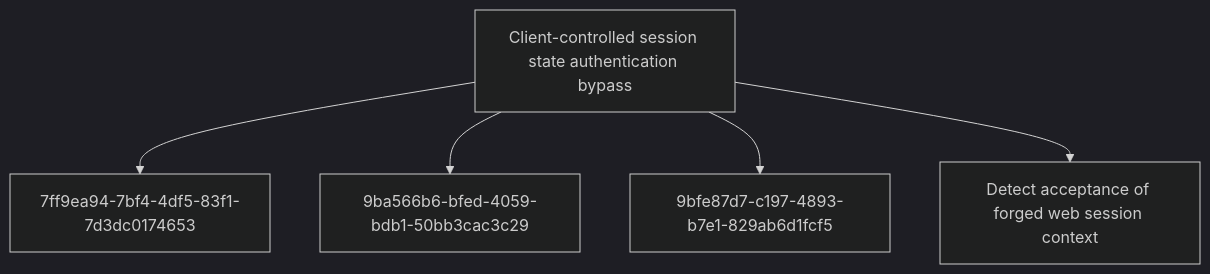
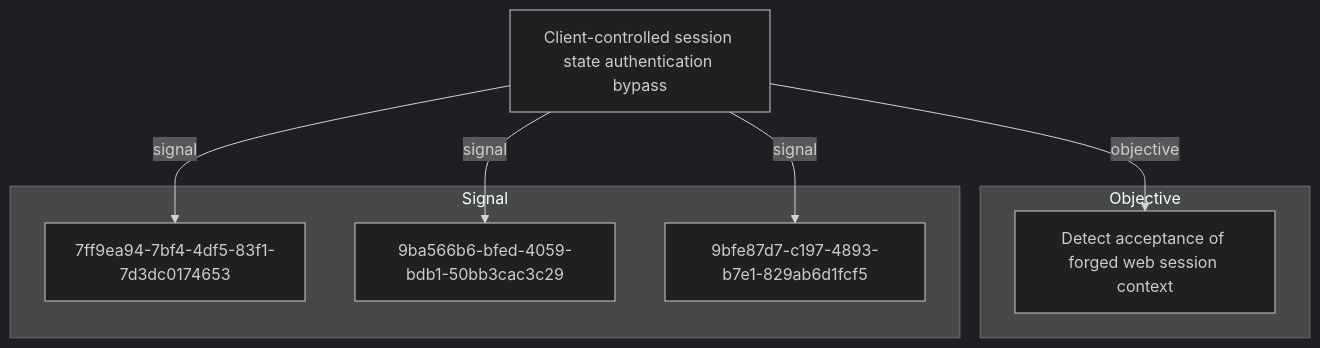
One commit to opentidehq/library changed the second of 2 diagrams in docs/threats/client-controlled-session-state-authentication-bypass.md. Above: the diagram before and after it, drawn with Mermaid (dark theme). The commit also changed other lines of this file and 277 other files, not shown here.

````diff
--- a/docs/threats/client-controlled-session-state-authentication-bypass.md
+++ b/docs/threats/client-controlled-session-state-authentication-bypass.md
@@ -46,12 +94,16 @@
 ```mermaid
 flowchart TB
-38adba1e_0961_4417_bd84_33fa9c42439f["Client-controlled session state authentication bypass"]
+subgraph "Objective"
+d4c509d7_f9ab_452a_a91d_4da040095414["Detect acceptance of forged web session context"]
+end
+subgraph "Signal"
 7ff9ea94_7bf4_4df5_83f1_7d3dc0174653["7ff9ea94-7bf4-4df5-83f1-7d3dc0174653"]
 9ba566b6_bfed_4059_bdb1_50bb3cac3c29["9ba566b6-bfed-4059-bdb1-50bb3cac3c29"]
 9bfe87d7_c197_4893_b7e1_829ab6d1fcf5["9bfe87d7-c197-4893-b7e1-829ab6d1fcf5"]
-d4c509d7_f9ab_452a_a91d_4da040095414["Detect acceptance of forged web session context"]
-38adba1e_0961_4417_bd84_33fa9c42439f --> 7ff9ea94_7bf4_4df5_83f1_7d3dc0174653
-38adba1e_0961_4417_bd84_33fa9c42439f --> 9ba566b6_bfed_4059_bdb1_50bb3cac3c29
-38adba1e_0961_4417_bd84_33fa9c42439f --> 9bfe87d7_c197_4893_b7e1_829ab6d1fcf5
-38adba1e_0961_4417_bd84_33fa9c42439f --> d4c509d7_f9ab_452a_a91d_4da040095414
+end
+38adba1e_0961_4417_bd84_33fa9c42439f["Client-controlled session state authentication bypass"]
+38adba1e_0961_4417_bd84_33fa9c42439f -->|objective| d4c509d7_f9ab_452a_a91d_4da040095414
+38adba1e_0961_4417_bd84_33fa9c42439f -->|signal| 7ff9ea94_7bf4_4df5_83f1_7d3dc0174653
+38adba1e_0961_4417_bd84_33fa9c42439f -->|signal| 9ba566b6_bfed_4059_bdb1_50bb3cac3c29
+38adba1e_0961_4417_bd84_33fa9c42439f -->|signal| 9bfe87d7_c197_4893_b7e1_829ab6d1fcf5
 ```
````
